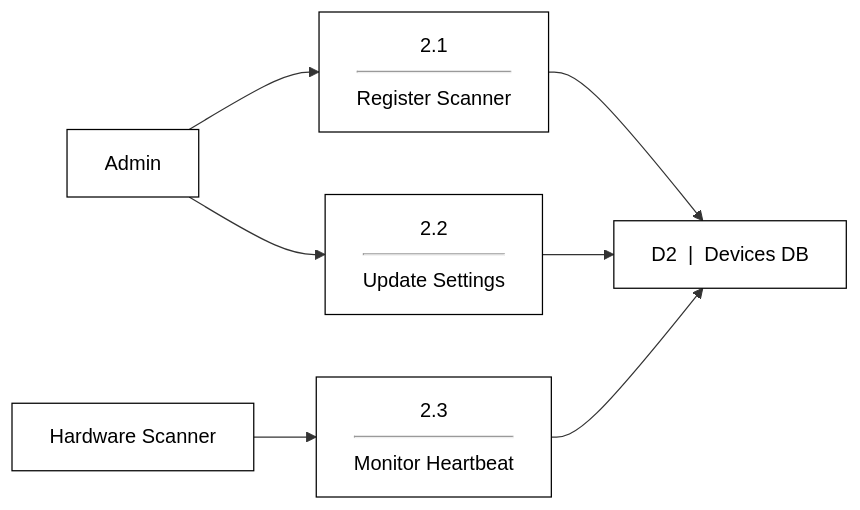
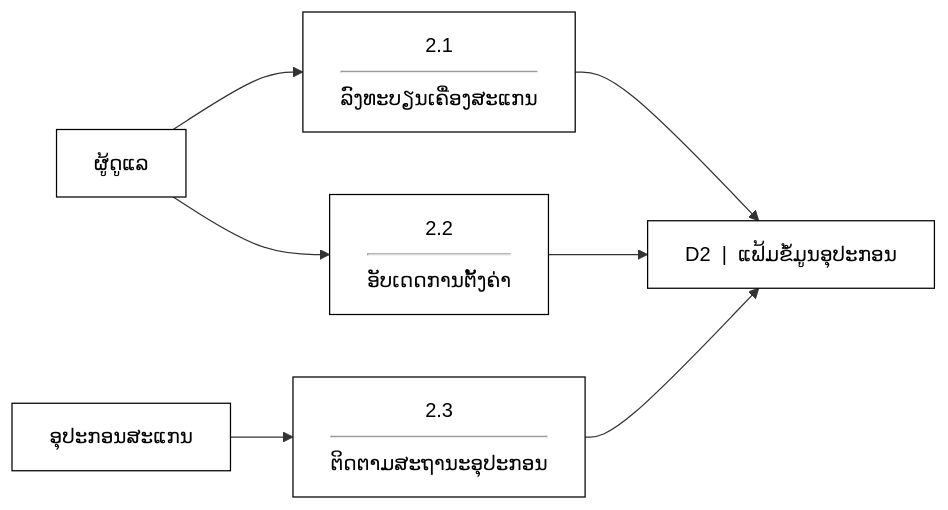
The seventh of 14 diagrams in USER_MANUAL.md (Touy2004/palm-back-end), drawn with Mermaid before and after one commit. The commit also changed other lines of this file, not shown here.

````diff
--- a/USER_MANUAL.md
+++ b/USER_MANUAL.md
@@ -391,24 +391,24 @@
 ```mermaid
 flowchart LR
-    Admin[Admin]:::entity
-    Device[Hardware Scanner]:::entity
+    Admin["ຜູ້ດູແລ"]:::entity
+    Device["ອຸປະກອນສະແກນ"]:::entity
     
-    P2_1["2.1<hr/>Register Scanner"]:::process
-    P2_2["2.2<hr/>Update Settings"]:::process
-    P2_3["2.3<hr/>Monitor Heartbeat"]:::process
+    P2_1["2.1<hr/>ລົງທະບຽນເຄື່ອງສະແກນ"]:::process
+    P2_2["2.2<hr/>ອັບເດດການຕັ້ງຄ່າ"]:::process
+    P2_3["2.3<hr/>ຕິດຕາມສະຖານະອຸປະກອນ"]:::process
     
-    D2["D2 &nbsp;|&nbsp; Devices DB"]:::datastore
+    D2["D2 &nbsp;|&nbsp; ແຟ້ມຂໍ້ມູນອຸປະກອນ"]:::datastore
     
     Admin --> P2_1
     P2_1 --> D2
     
     Admin --> P2_2
     P2_2 --> D2
     
     Device --> P2_3
     P2_3 --> D2
 
     classDef entity fill:#fff,stroke:#000,stroke-width:1px,shape:rect,color:#000
     classDef process fill:#fff,stroke:#000,stroke-width:1px,shape:rect,color:#000
     classDef datastore fill:#fff,stroke:#000,stroke-width:1px,shape:rect,color:#000
 ```
````
